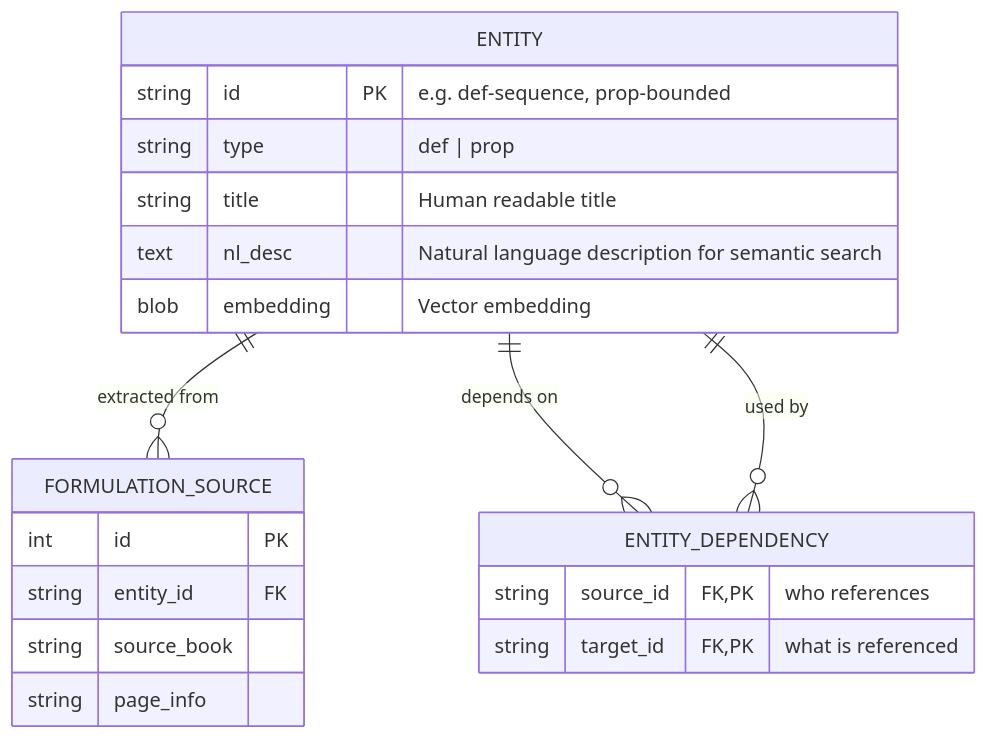
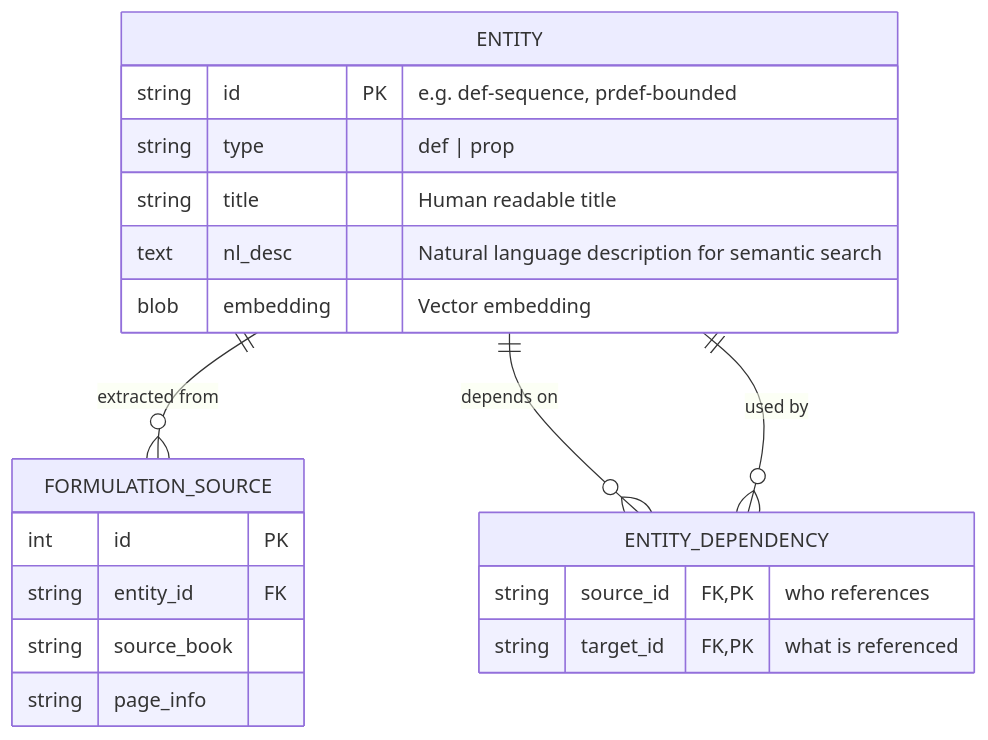
Before and after one commit to Mariko-Kai/Toolset-for-building-semantic-networks-from-provided-sources: the diagram in docs/architecture/design.md, drawn with Mermaid. The commit also changed other lines of this file and 183 other files, not shown here.

````diff
--- a/docs/architecture/design.md
+++ b/docs/architecture/design.md
@@ -14,26 +14,26 @@
 ```mermaid
 erDiagram
     ENTITY {
-        string id PK "e.g. def-sequence, prop-bounded"
+        string id PK "e.g. def-sequence, prdef-bounded"
         string type "def | prop"
         string title "Human readable title"
         text nl_desc "Natural language description for semantic search"
         blob embedding "Vector embedding"
     }
 
     FORMULATION_SOURCE {
         int id PK
         string entity_id FK
         string source_book
         string page_info
     }
 
     ENTITY_DEPENDENCY {
         string source_id FK,PK "who references"
         string target_id FK,PK "what is referenced"
     }
 
     ENTITY ||--o{ FORMULATION_SOURCE : "extracted from"
     ENTITY ||--o{ ENTITY_DEPENDENCY : "depends on"
     ENTITY_DEPENDENCY }o--|| ENTITY : "used by"
 ```
````
